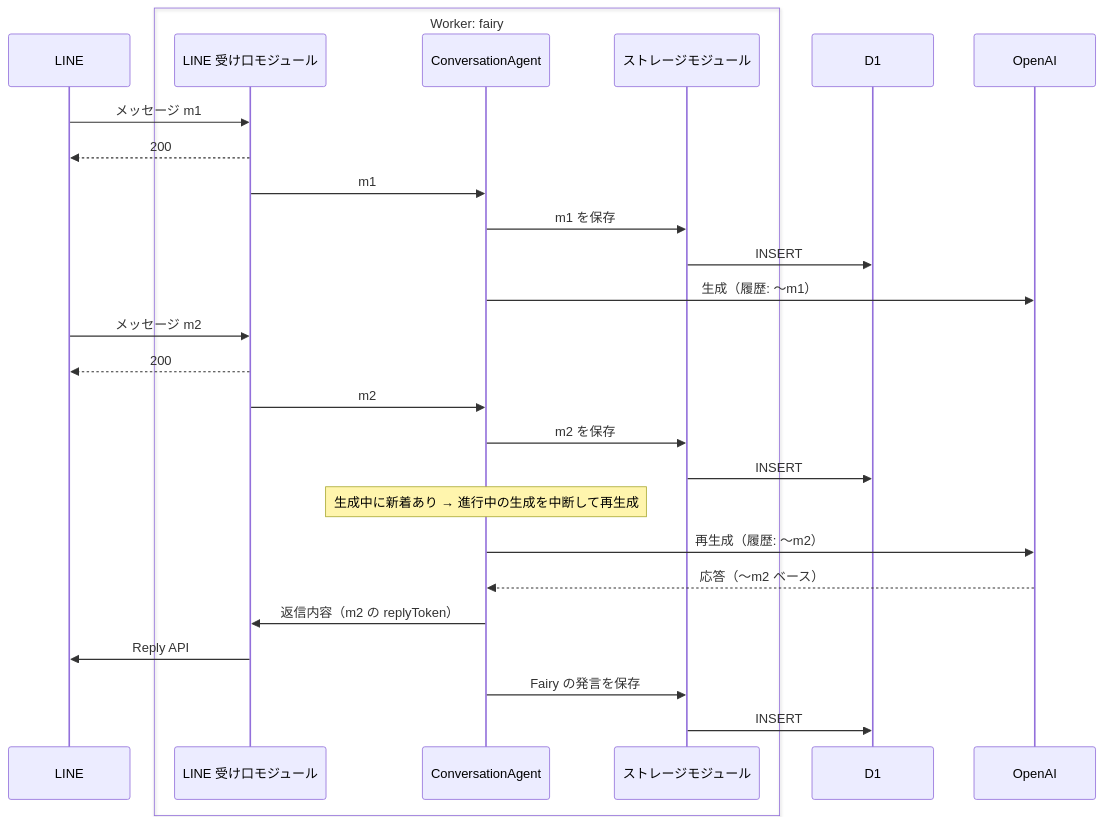
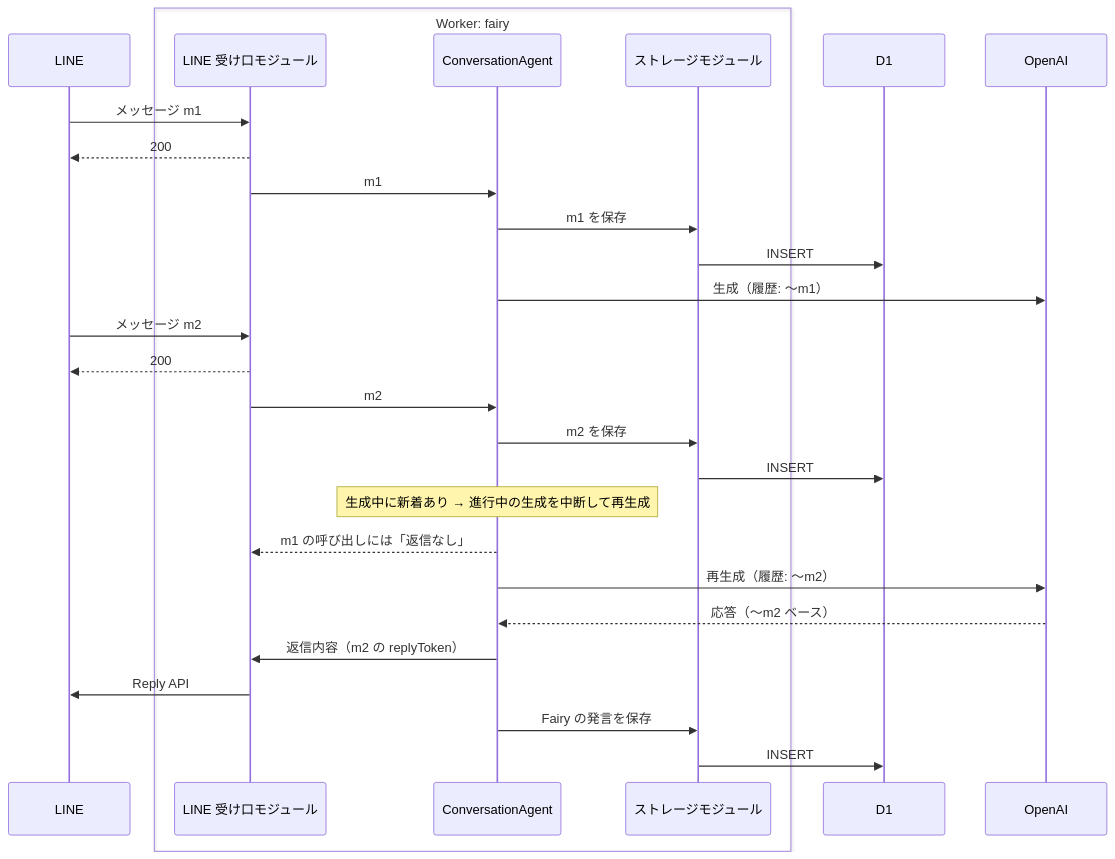
One commit to TatsuyaYamamoto/sicaco-quarter-third-street changed the second of 2 diagrams in docs/phases/phase-1.md. Above: the diagram before and after it, drawn with Mermaid. The commit also changed other lines of this file and 7 other files, not shown here.

````diff
--- a/docs/phases/phase-1.md
+++ b/docs/phases/phase-1.md
@@ -95,30 +100,31 @@
 ```mermaid
 sequenceDiagram
     participant L as LINE
     box Worker: fairy
         participant LM as LINE 受け口モジュール
         participant A as ConversationAgent
         participant S as ストレージモジュール
     end
     participant D as D1
     participant O as OpenAI
 
     L->>LM: メッセージ m1
     LM-->>L: 200
     LM->>A: m1
     A->>S: m1 を保存
     S->>D: INSERT
     A->>O: 生成（履歴: 〜m1）
     L->>LM: メッセージ m2
     LM-->>L: 200
     LM->>A: m2
     A->>S: m2 を保存
     S->>D: INSERT
     Note over A: 生成中に新着あり → 進行中の生成を中断して再生成
+    A-->>LM: m1 の呼び出しには「返信なし」
     A->>O: 再生成（履歴: 〜m2）
     O-->>A: 応答（〜m2 ベース）
     A->>LM: 返信内容（m2 の replyToken）
     LM->>L: Reply API
     A->>S: Fairy の発言を保存
     S->>D: INSERT
 ```
````
